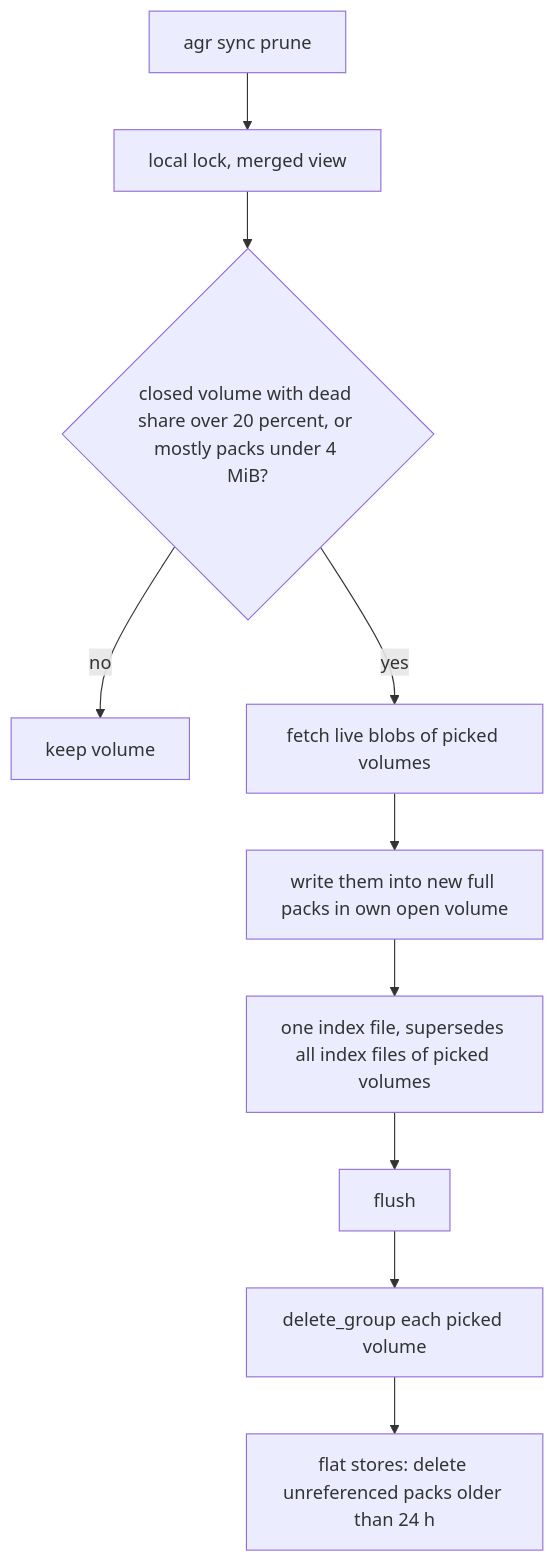
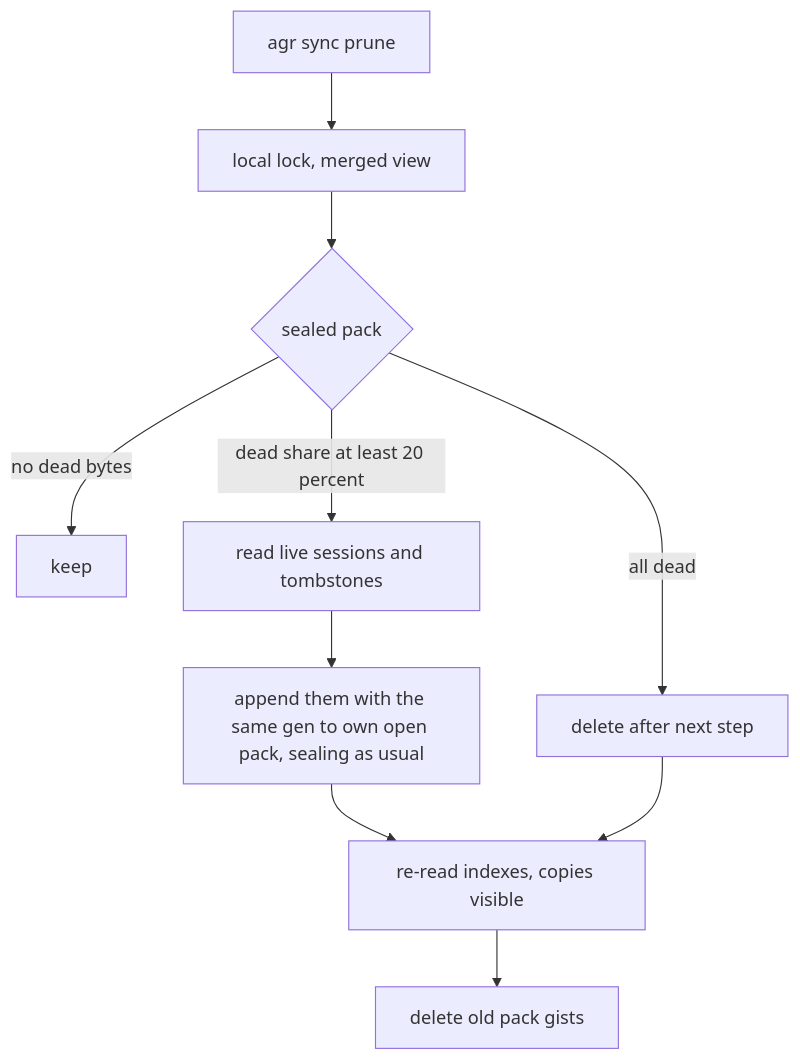
One commit to thiscantbeserious/agent-session-recorder changed the tenth of 10 diagrams in .state/feature-sync-gist/ADR.md. Above: the diagram before and after it, drawn with Mermaid. The commit also changed other lines of this file, not shown here.

Commit message:
docs(docs): pack layer ADR reworked to one gist per pack, append-only open pack and index per pack

````diff
--- a/.state/feature-sync-gist/ADR.md
+++ b/.state/feature-sync-gist/ADR.md
@@ -1508,12 +1498,12 @@
 ```mermaid
 flowchart TD
-    start[agr sync prune] --> lock[local lock, merged view]
-    lock --> pick{closed volume with dead share over 20 percent, or mostly packs under 4 MiB?}
-    pick -- no --> keep[keep volume]
-    pick -- yes --> drain[fetch live blobs of picked volumes]
-    drain --> write[write them into new full packs in own open volume]
-    write --> idx[one index file, supersedes all index files of picked volumes]
-    idx --> flush[flush]
-    flush --> del[delete_group each picked volume]
-    del --> orphans[flat stores: delete unreferenced packs older than 24 h]
+    start[agr sync prune] --> view[local lock, merged view]
+    view --> each{sealed pack}
+    each -- no dead bytes --> keep[keep]
+    each -- all dead --> gone[delete after next step]
+    each -- dead share at least 20 percent --> copy[read live sessions and tombstones]
+    copy --> append[append them with the same gen to own open pack, sealing as usual]
+    append --> check[re-read indexes, copies visible]
+    check --> del[delete old pack gists]
+    gone --> check
 ```
````
